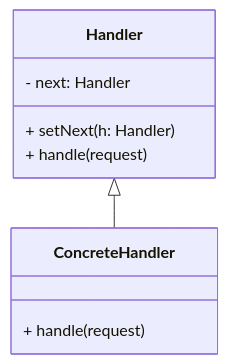
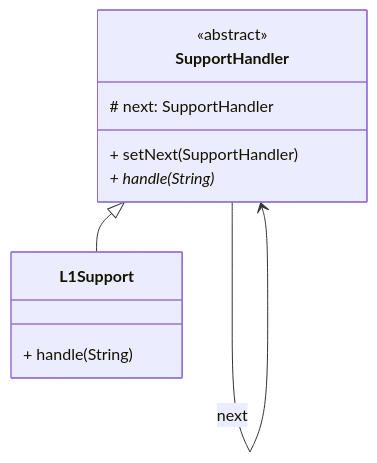
Before and after one commit to swapnilphalke97/Design-Pattern: diagram 13 of 22 in Readme.md, drawn with Mermaid. The commit also changed other lines of this file, not shown here.

````diff
--- a/Readme.md
+++ b/Readme.md
@@ -543,12 +598,14 @@
 ```mermaid
 classDiagram
-    class Handler {
-        - next: Handler
-        + setNext(h: Handler)
-        + handle(request)
+    class SupportHandler {
+        <<abstract>>
+        # next: SupportHandler
+        + setNext(SupportHandler)
+        + handle(String)*
     }
-    class ConcreteHandler {
-        + handle(request)
+    class L1Support {
+        + handle(String)
     }
-    Handler <|-- ConcreteHandler
+    SupportHandler <|-- L1Support
+    SupportHandler --> SupportHandler : next
 ```
````
